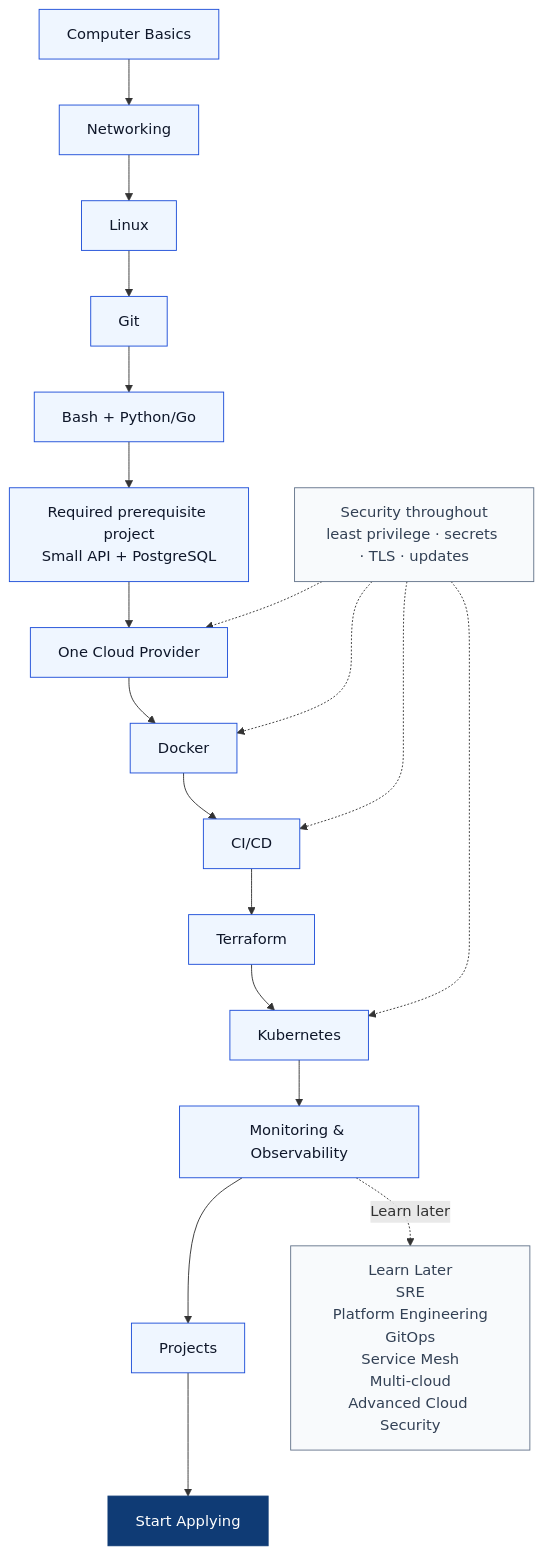
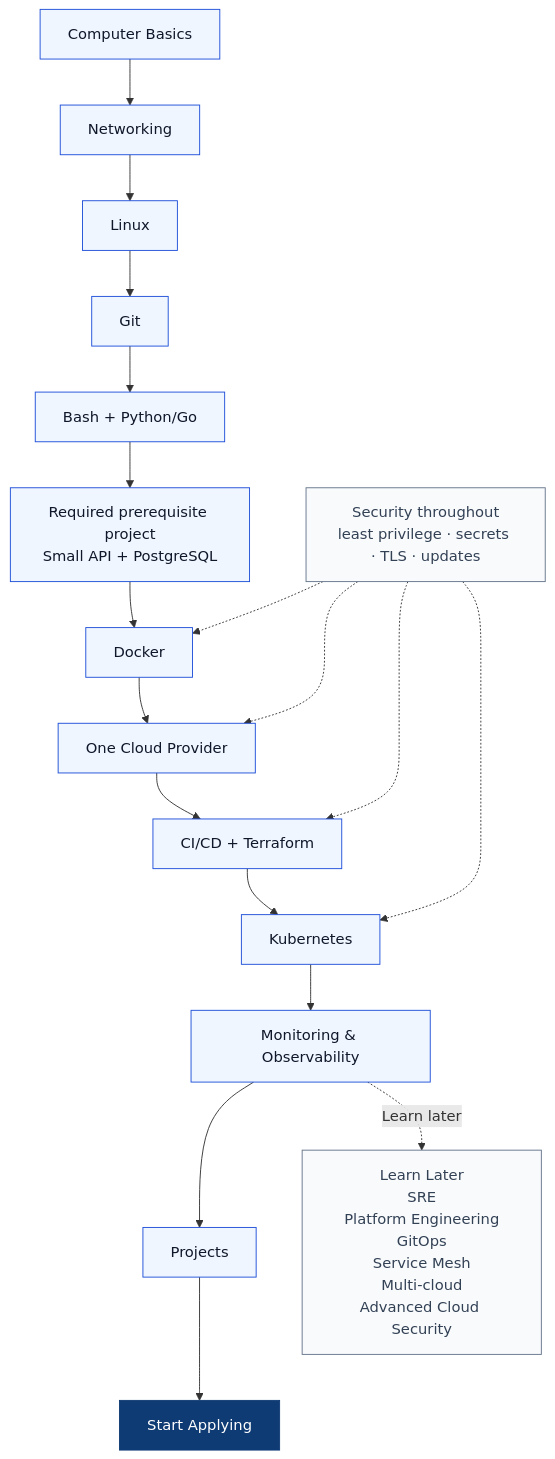
Before and after one commit to mazenessam77/cloud-devops-roadmap-2026: the diagram in ROADMAP.md, drawn with Mermaid. The commit also changed other lines of this file and 9 other files, not shown here.

````diff
--- a/ROADMAP.md
+++ b/ROADMAP.md
@@ -5,30 +5,29 @@
 ```mermaid
 flowchart TD
     A[Computer Basics] --> B[Networking]
     B --> C[Linux]
     C --> D[Git]
     D --> E[Bash + Python/Go]
     E --> P[Required prerequisite project<br/>Small API + PostgreSQL]
-    P --> F[One Cloud Provider]
-    F --> G[Docker]
-    G --> H[CI/CD]
-    H --> I[Terraform]
-    I --> J[Kubernetes]
+    P --> G[Docker]
+    G --> F[One Cloud Provider]
+    F --> H[CI/CD + Terraform]
+    H --> J[Kubernetes]
     J --> K[Monitoring & Observability]
     K --> M[Projects]
     M --> N[Start Applying]
 
-    S[Security throughout<br/>least privilege · secrets · TLS · updates] -.-> F
-    S -.-> G
+    S[Security throughout<br/>least privilege · secrets · TLS · updates] -.-> G
+    S -.-> F
     S -.-> H
     S -.-> J
 
     K -. Learn later .-> O[Learn Later<br/>SRE<br/>Platform Engineering<br/>GitOps<br/>Service Mesh<br/>Multi-cloud<br/>Advanced Cloud Security]
 
     classDef main fill:#eff6ff,stroke:#1d4ed8,color:#0f172a,stroke-width:1px;
     classDef final fill:#0f3b75,stroke:#0f3b75,color:#ffffff,stroke-width:1px;
     classDef later fill:#f8fafc,stroke:#64748b,color:#334155,stroke-width:1px;
-    class A,B,C,D,E,P,F,G,H,I,J,K,M main;
+    class A,B,C,D,E,P,G,F,H,J,K,M main;
     class N final;
     class O,S later;
 ```
````
